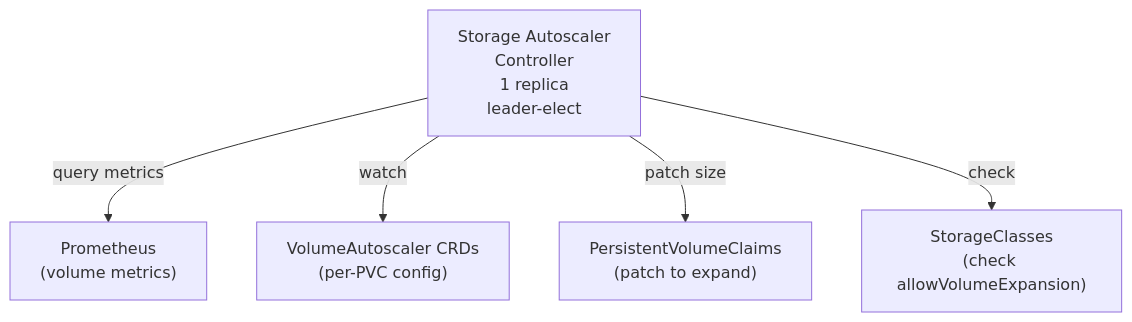
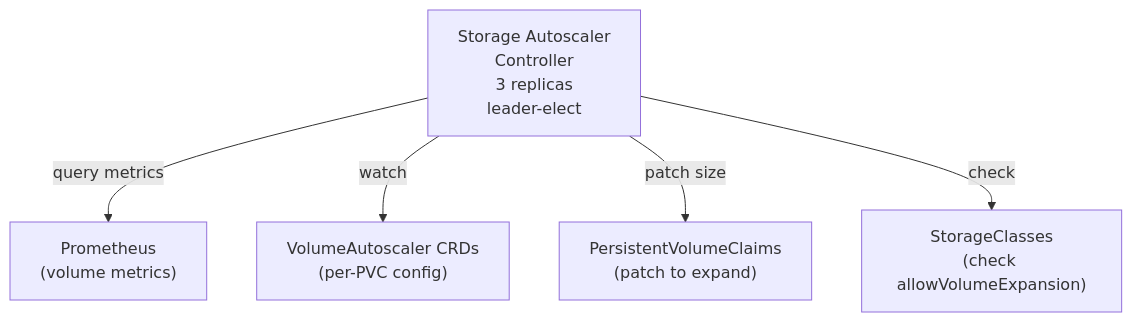
Before and after one commit to derhornspieler/harvester-rke2-platform: diagram 13 of 13 in docs/engineering/services-reference.md, drawn with Mermaid. The commit also changed other lines of this file and 50 other files, not shown here.

````diff
--- a/docs/engineering/services-reference.md
+++ b/docs/engineering/services-reference.md
@@ -1821,13 +1832,13 @@
 ```mermaid
 graph TD
-    SA["Storage Autoscaler<br/>Controller<br/>1 replica<br/>leader-elect"]
+    SA["Storage Autoscaler<br/>Controller<br/>3 replicas<br/>leader-elect"]
     Prom["Prometheus<br/>(volume metrics)"]
     VaCRD["VolumeAutoscaler CRDs<br/>(per-PVC config)"]
     PVCs["PersistentVolumeClaims<br/>(patch to expand)"]
     SC["StorageClasses<br/>(check allowVolumeExpansion)"]
 
     SA -->|"query metrics"| Prom
     SA -->|"watch"| VaCRD
     SA -->|"patch size"| PVCs
     SA -->|"check"| SC
 ```
````
